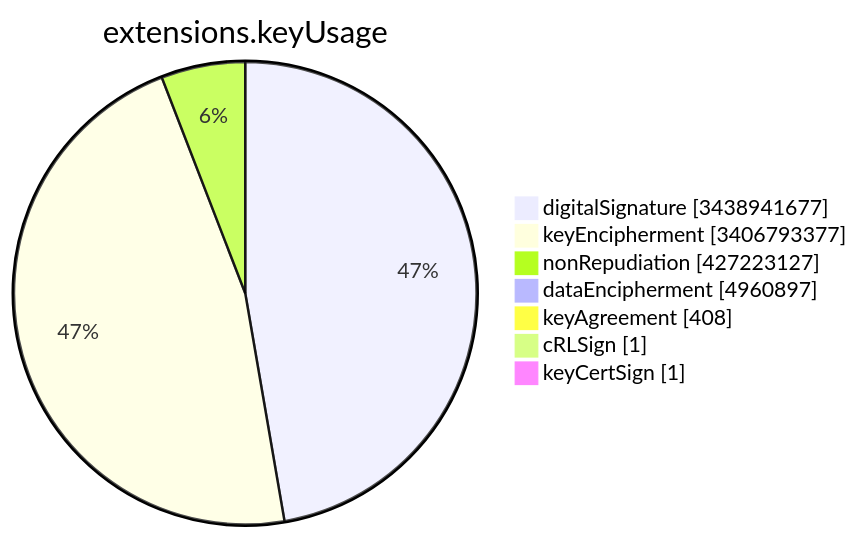
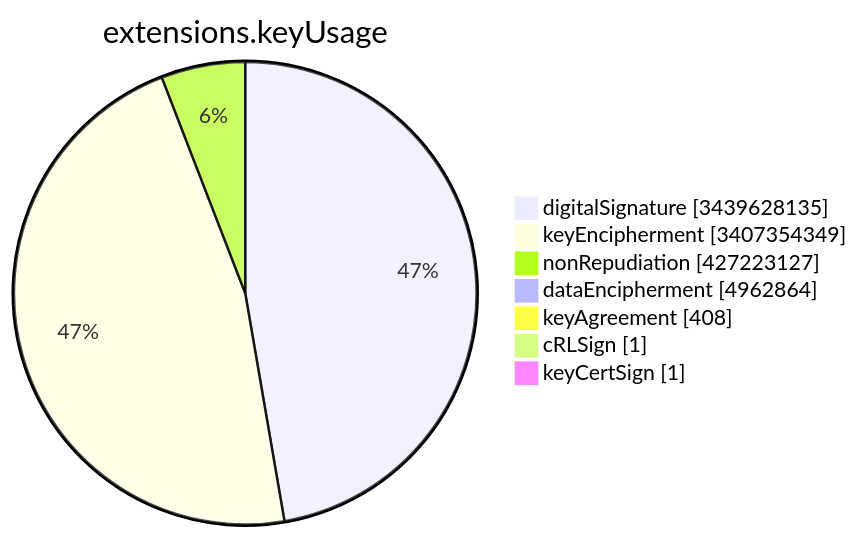
Before and after one commit to christiankrug/ctmonitor_visualization: the sixth of 15 diagrams in TOTAL/README.md, drawn with Mermaid. The commit also changed other lines of this file, not shown here.

````diff
--- a/TOTAL/README.md
+++ b/TOTAL/README.md
@@ -3081,11 +3081,11 @@
 ```mermaid
 pie showData
 title extensions.keyUsage
-"digitalSignature" :3438941677
-"keyEncipherment" :3406793377
+"digitalSignature" :3439628135
+"keyEncipherment" :3407354349
 "nonRepudiation" :427223127
-"dataEncipherment" :4960897
+"dataEncipherment" :4962864
 "keyAgreement" :408
 "cRLSign" :1
 "keyCertSign" :1
 ```
````
